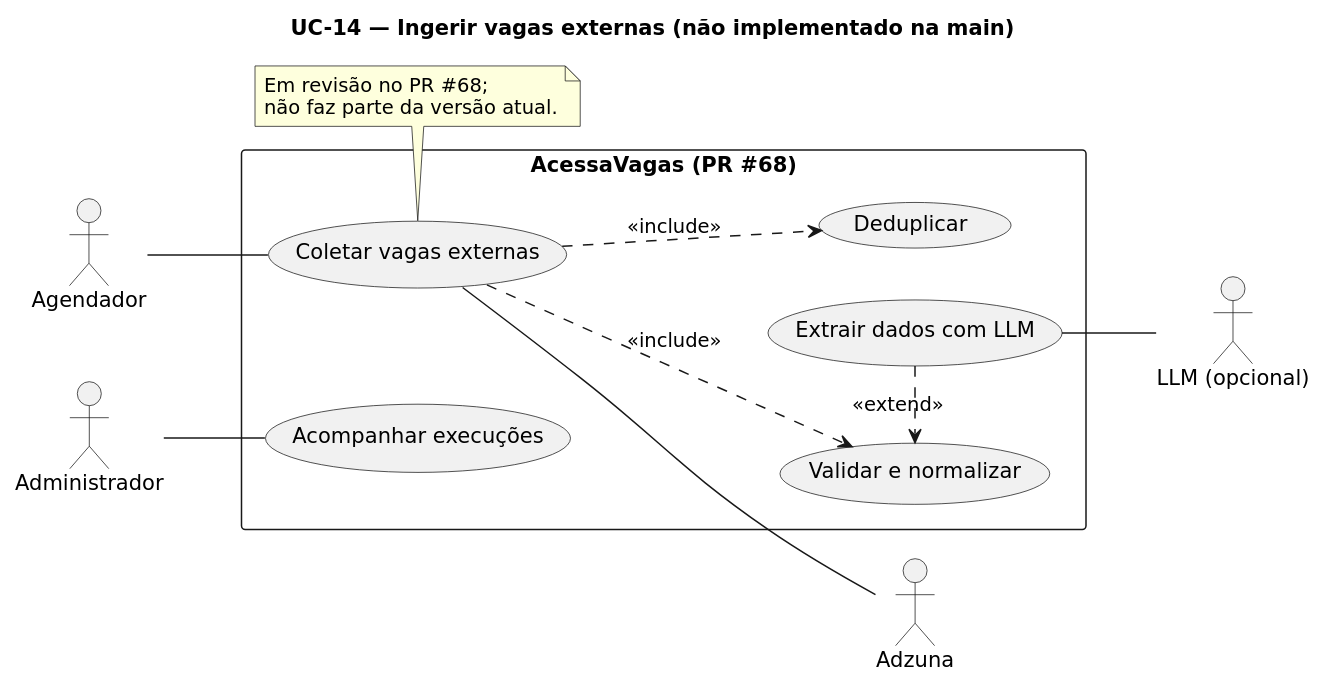
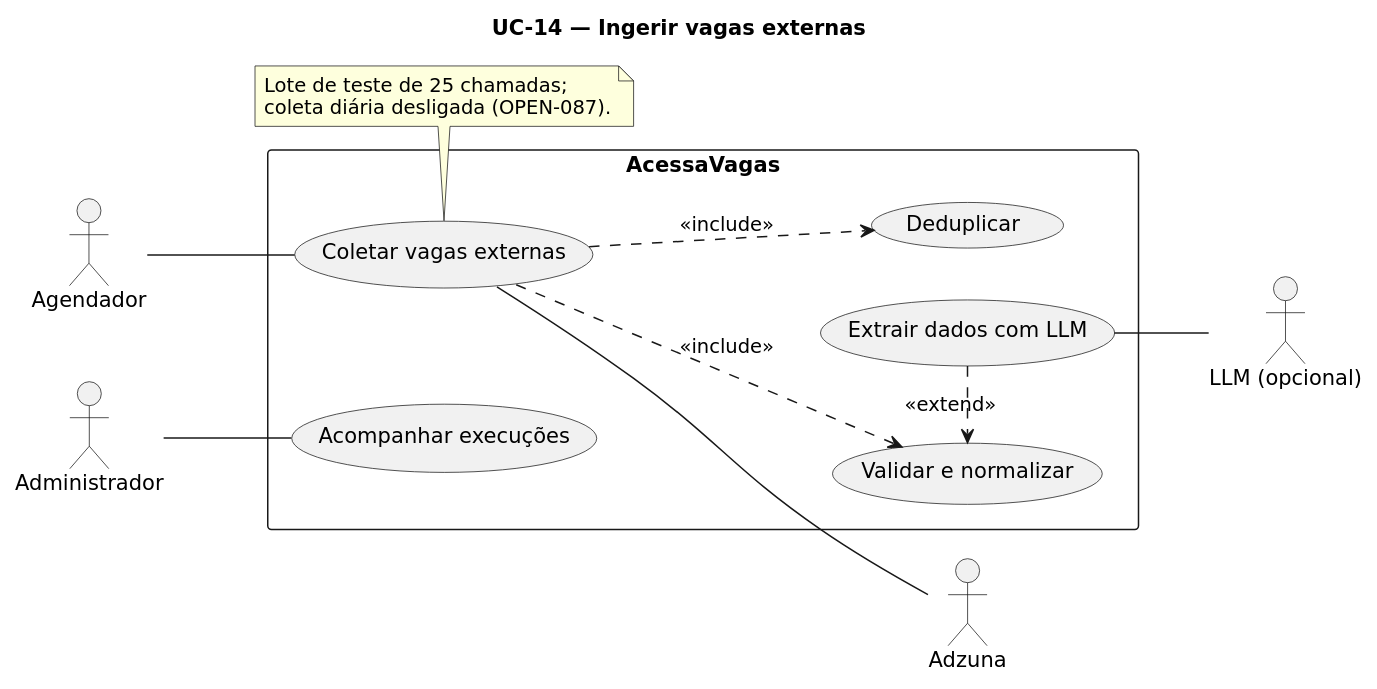
The diagram in docs/Diagramas Caso De Uso/fonte/UC-14-ingestao-json.puml (rafael-marquart/Trabalho_ModelagemDeSistema), drawn with PlantUML before and after one commit. The commit also changed 26 other files, not shown here.

First line of the commit message:
docs(spec-006): documentação revisada atualizada para vagas externas implementadas

```diff
--- a/docs/Diagramas Caso De Uso/fonte/UC-14-ingestao-json.puml
+++ b/docs/Diagramas Caso De Uso/fonte/UC-14-ingestao-json.puml
@@ -1,25 +1,25 @@
 @startuml
 skinparam shadowing false
 skinparam defaultFontName DejaVu Sans
 left to right direction
-title UC-14 — Ingerir vagas externas (não implementado na main)
+title UC-14 — Ingerir vagas externas
 actor "Agendador" as AG
 actor "Administrador" as A
 actor "Adzuna" as Z
 actor "LLM (opcional)" as L
-rectangle "AcessaVagas (PR #68)" {
+rectangle "AcessaVagas" {
   usecase "Coletar vagas externas" as C
   usecase "Validar e normalizar" as V
   usecase "Extrair dados com LLM" as X
   usecase "Deduplicar" as D
   usecase "Acompanhar execuções" as AC
 }
 AG -- C
 A -- AC
 C -- Z
 C ..> V : <<include>>
 C ..> D : <<include>>
 X .> V : <<extend>>
 X -- L
-note bottom of C : Em revisão no PR #68;\nnão faz parte da versão atual.
+note bottom of C : Lote de teste de 25 chamadas;\ncoleta diária desligada (OPEN-087).
 @enduml
```
